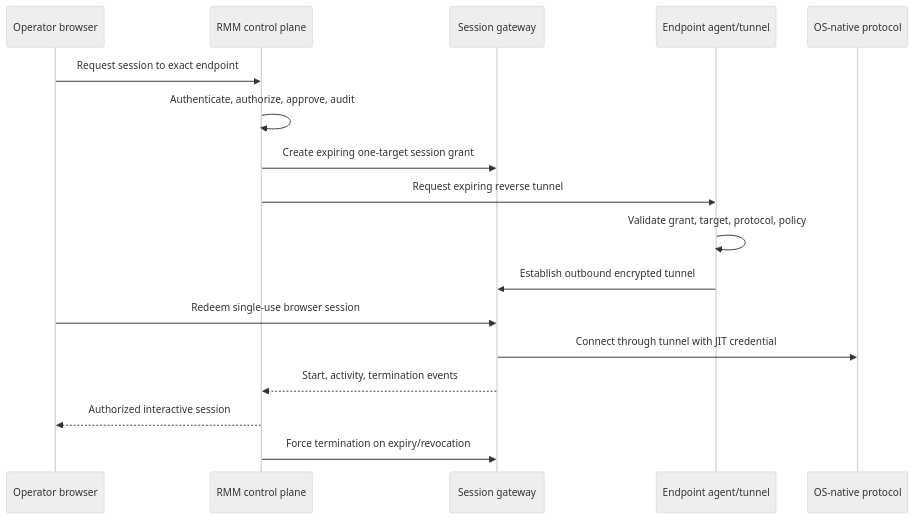
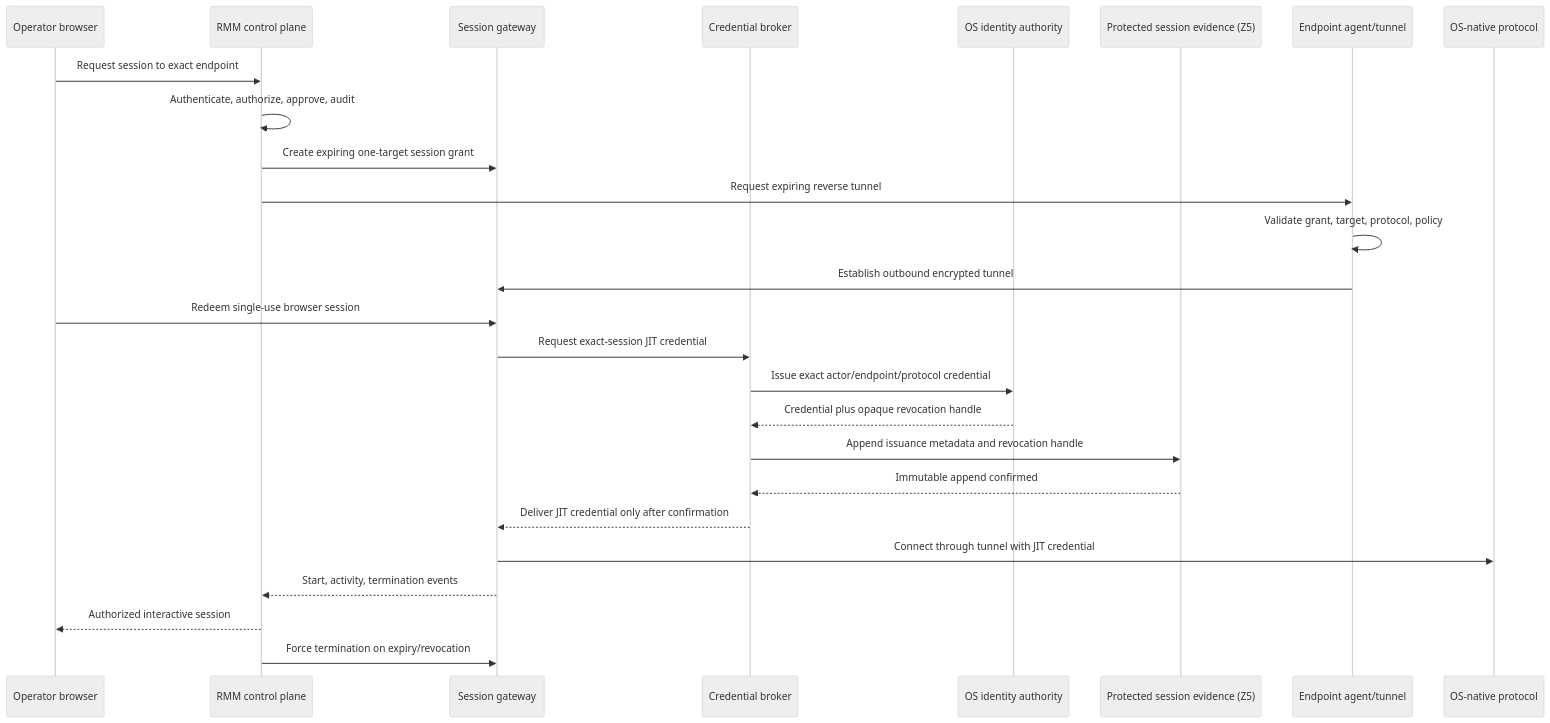
The diagram in docs/architecture/REMOTE_ACCESS.md (Beowxlf/northgate-rmm), drawn with Mermaid (neutral theme) before and after one commit. The commit also changed other lines of this file and 2 other files, not shown here.

Commit message:
Preserve independent JIT revocation handles

````diff
--- a/docs/architecture/REMOTE_ACCESS.md
+++ b/docs/architecture/REMOTE_ACCESS.md
@@ -24,19 +24,28 @@
 ```mermaid
 sequenceDiagram
   participant O as Operator browser
   participant C as RMM control plane
   participant G as Session gateway
+  participant B as Credential broker
+  participant I as OS identity authority
+  participant E as Protected session evidence (Z5)
   participant A as Endpoint agent/tunnel
   participant P as OS-native protocol
   O->>C: Request session to exact endpoint
   C->>C: Authenticate, authorize, approve, audit
   C->>G: Create expiring one-target session grant
   C->>A: Request expiring reverse tunnel
   A->>A: Validate grant, target, protocol, policy
   A->>G: Establish outbound encrypted tunnel
   O->>G: Redeem single-use browser session
+  G->>B: Request exact-session JIT credential
+  B->>I: Issue exact actor/endpoint/protocol credential
+  I-->>B: Credential plus opaque revocation handle
+  B->>E: Append issuance metadata and revocation handle
+  E-->>B: Immutable append confirmed
+  B-->>G: Deliver JIT credential only after confirmation
   G->>P: Connect through tunnel with JIT credential
   G-->>C: Start, activity, termination events
   C-->>O: Authorized interactive session
   C->>G: Force termination on expiry/revocation
 ```
````
